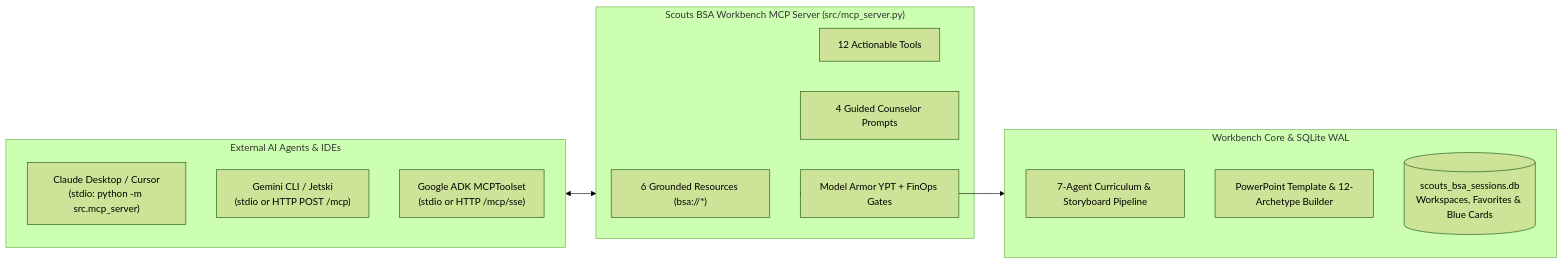
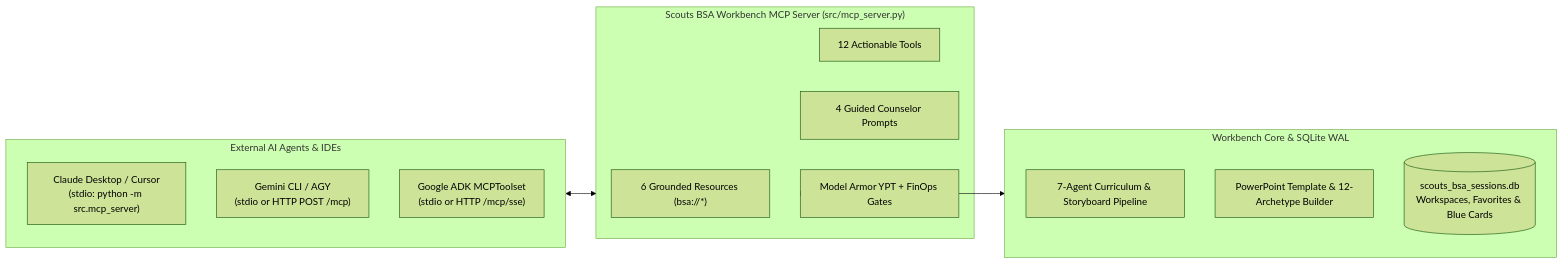
The diagram in docs/MCP_SERVER_INTEGRATION_GUIDE.md (clayberg/scouts-bsa-merit-badge-agent), drawn with Mermaid (forest theme) before and after one commit. The commit also changed other lines of this file and 37 other files, not shown here.

````diff
--- a/docs/MCP_SERVER_INTEGRATION_GUIDE.md
+++ b/docs/MCP_SERVER_INTEGRATION_GUIDE.md
@@ -15,24 +15,24 @@
 ```mermaid
 flowchart LR
     subgraph Clients["External AI Agents & IDEs"]
         C1["Claude Desktop / Cursor\n(stdio: python -m src.mcp_server)"]
-        C2["Gemini CLI / Jetski\n(stdio or HTTP POST /mcp)"]
+        C2["Gemini CLI / AGY\n(stdio or HTTP POST /mcp)"]
         C3["Google ADK MCPToolset\n(stdio or HTTP /mcp/sse)"]
     end
 
     subgraph Server["Scouts BSA Workbench MCP Server (src/mcp_server.py)"]
         R["6 Grounded Resources (bsa://*)"]
         T["12 Actionable Tools"]
         P["4 Guided Counselor Prompts"]
         G["Model Armor YPT + FinOps Gates"]
     end
 
     subgraph Engine["Workbench Core & SQLite WAL"]
         ADK["7-Agent Curriculum & Storyboard Pipeline"]
         PPTX["PowerPoint Template & 12-Archetype Builder"]
         DB[("scouts_bsa_sessions.db\nWorkspaces, Favorites & Blue Cards")]
     end
 
     Clients <--> Server
     Server --> G --> Engine
 ```
````
